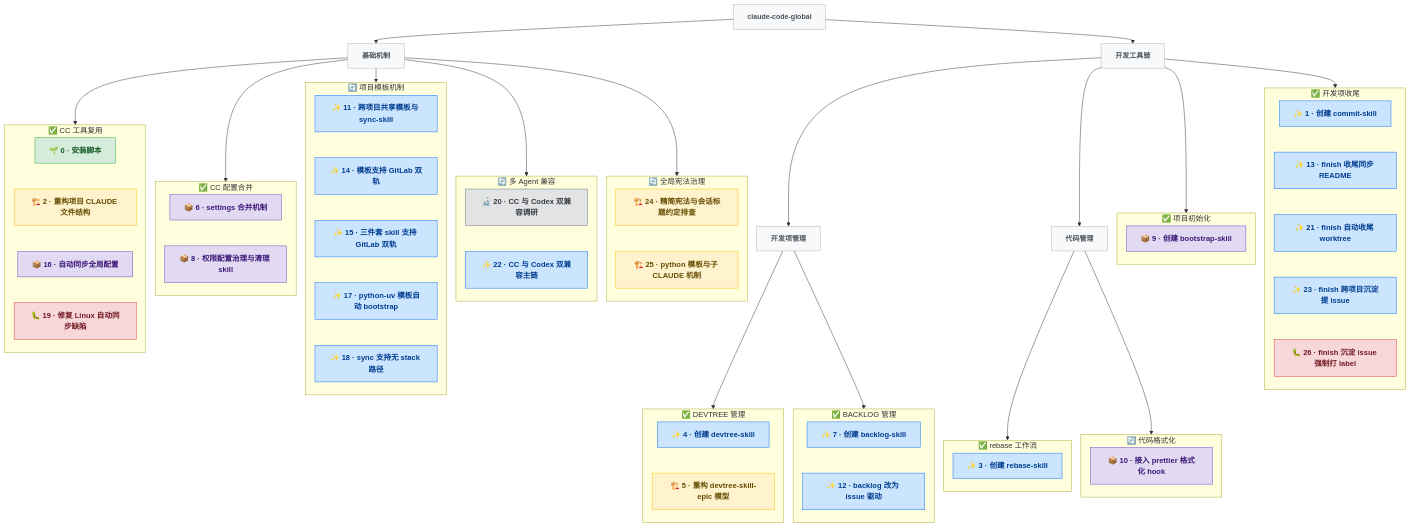
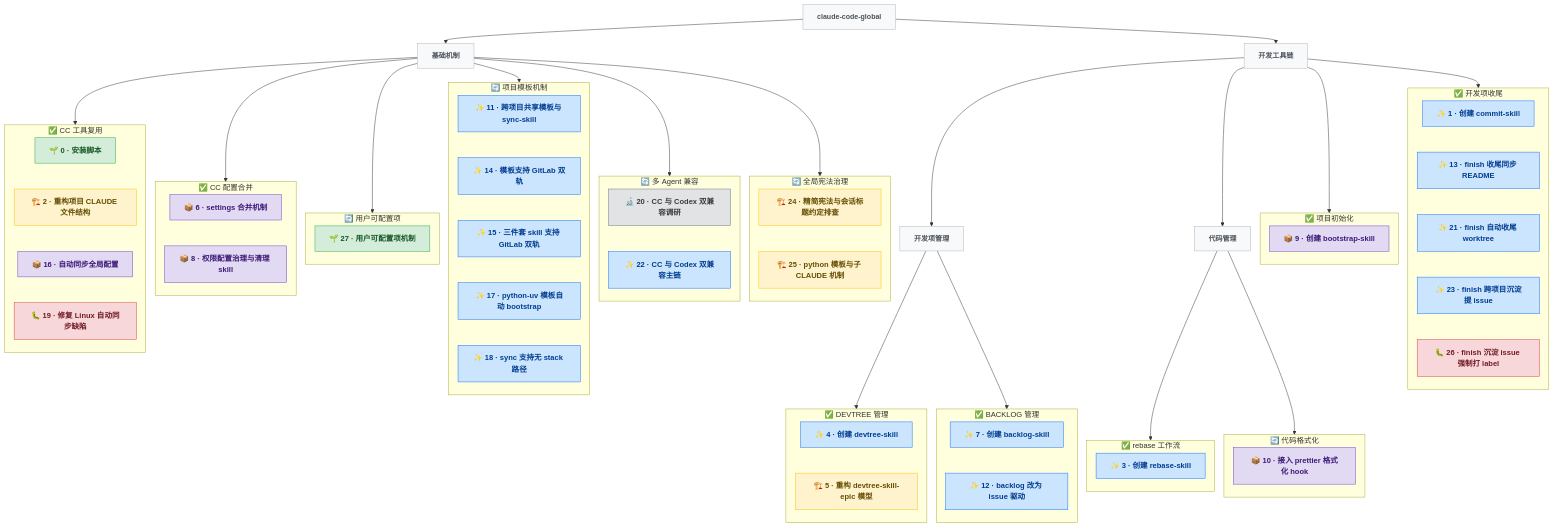
One commit to pkulijing/claude-code-global changed the diagram in docs/DEVTREE.md. Above: the diagram before and after it, drawn with Mermaid. The commit also changed other lines of this file and 1 other file, not shown here.

```diff
--- a/docs/DEVTREE.md
+++ b/docs/DEVTREE.md
@@ -31,6 +31,7 @@
   ROOT --> toolchain["开发工具链"]:::epic
   base --> e_cc_reuse
   base --> e_cc_merge
+  base --> e_userconfig
   base --> e_template
   base --> e_multi_agent
   base --> e_constitution
@@ -59,6 +60,11 @@
     N6["📦 6 · settings 合并机制"]:::infra
     N8["📦 8 · 权限配置治理与清理 skill"]:::infra
     N6 ~~~ N8
+  end
+
+  subgraph e_userconfig["🔄 用户可配置项"]
+    direction TB
+    N27["🌱 27 · 用户可配置项机制"]:::genesis
   end
 
   subgraph e_template["🔄 项目模板机制"]
```
